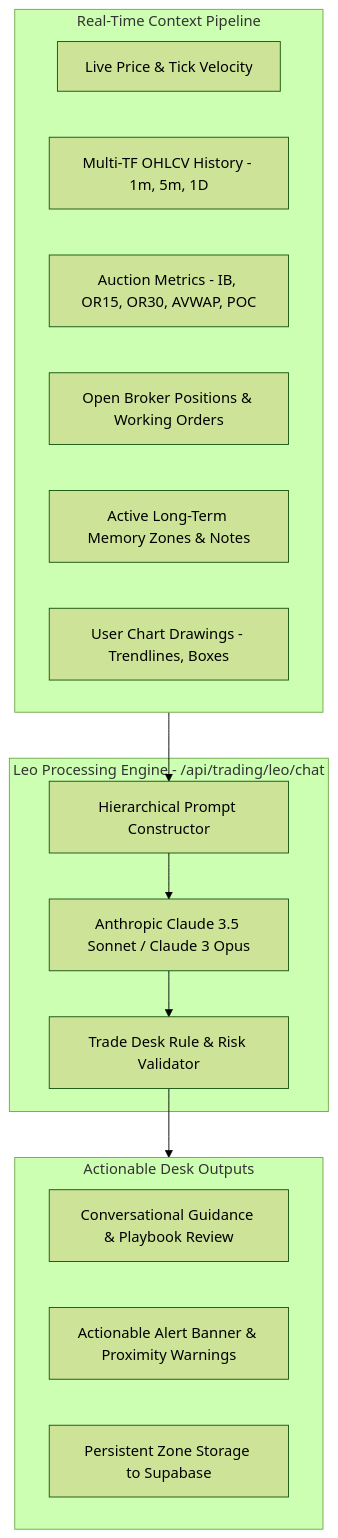
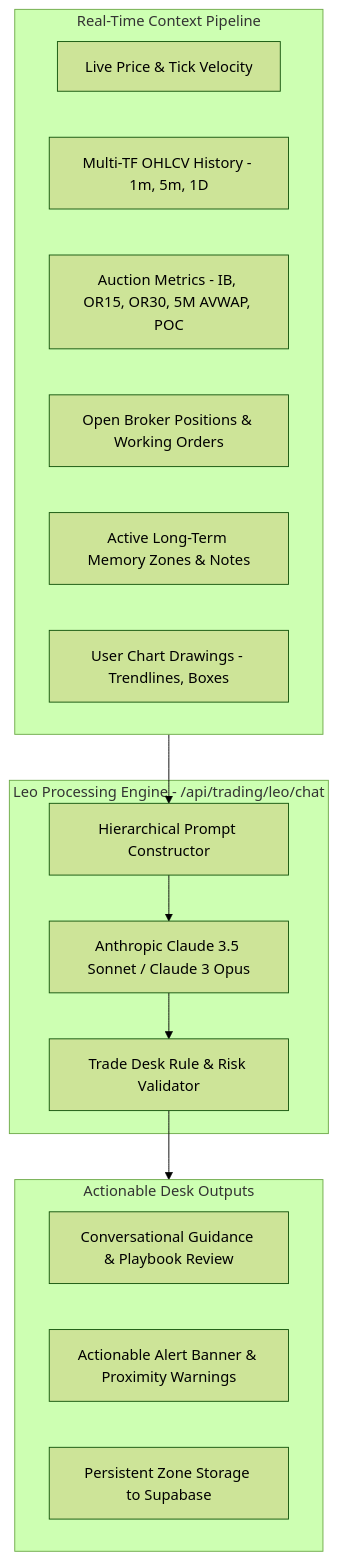
Before and after one commit to sia12-web/Trading: the diagram in docs/LEO_AI_AND_AUDIO_ALERTS.md, drawn with Mermaid (forest theme). The commit also changed other lines of this file and 6 other files, not shown here.

````diff
--- a/docs/LEO_AI_AND_AUDIO_ALERTS.md
+++ b/docs/LEO_AI_AND_AUDIO_ALERTS.md
@@ -14,28 +14,28 @@
 ```mermaid
 graph TD
     subgraph Context_Ingestion [Real-Time Context Pipeline]
         LIVE_PRICE[Live Price & Tick Velocity]
         CANDLES[Multi-TF OHLCV History - 1m, 5m, 1D]
-        AUCTION[Auction Metrics - IB, OR15, OR30, AVWAP, POC]
+        AUCTION[Auction Metrics - IB, OR15, OR30, 5M AVWAP, POC]
         POSITIONS[Open Broker Positions & Working Orders]
         MEMORIES[Active Long-Term Memory Zones & Notes]
         DRAWINGS[User Chart Drawings - Trendlines, Boxes]
     end
 
     subgraph Leo_Core [Leo Processing Engine - /api/trading/leo/chat]
         PROMPT_BUILDER[Hierarchical Prompt Constructor]
         LLM[Anthropic Claude 3.5 Sonnet / Claude 3 Opus]
         SANITY_FILTER[Trade Desk Rule & Risk Validator]
     end
 
     subgraph Outputs [Actionable Desk Outputs]
         CHAT_RESP[Conversational Guidance & Playbook Review]
         ALERT_ACTION[Actionable Alert Banner & Proximity Warnings]
         MEM_SYNC[Persistent Zone Storage to Supabase]
     end
 
     Context_Ingestion --> PROMPT_BUILDER
     PROMPT_BUILDER --> LLM
     LLM --> SANITY_FILTER
     SANITY_FILTER --> Outputs
 ```
````
